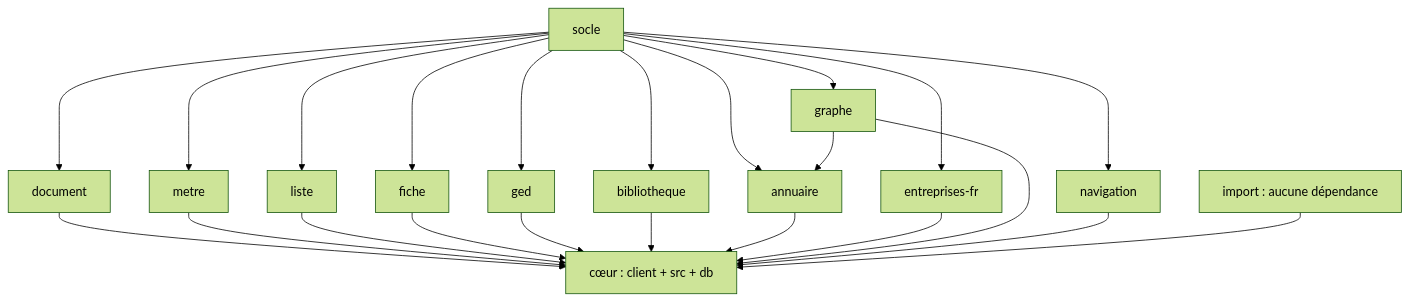
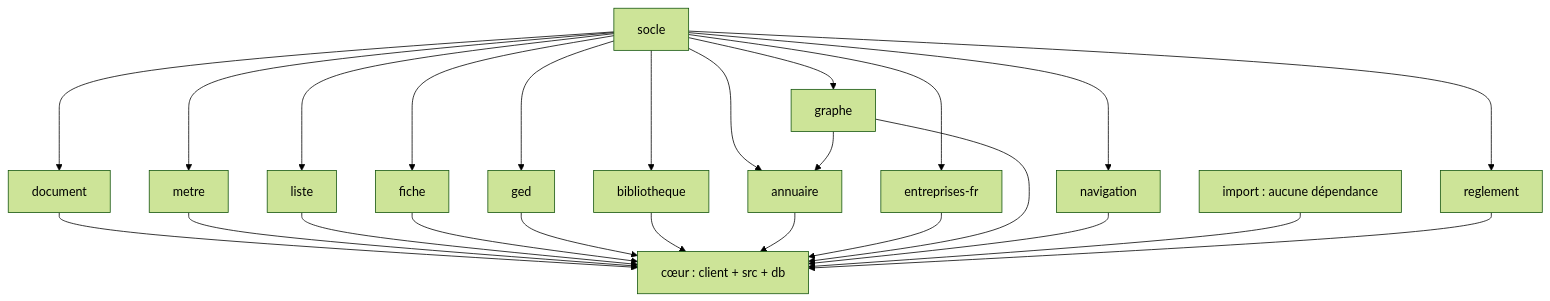
One commit to nerenos/LogiBTP changed the diagram in MODULES.md. Above: the diagram before and after it, drawn with Mermaid (forest theme). The commit also changed other lines of this file and 38 other files, not shown here.

````diff
--- a/MODULES.md
+++ b/MODULES.md
@@ -17,7 +17,7 @@
 ```mermaid
 graph TD
-  socle[socle] --> document & metre & liste & fiche & ged & bibliotheque & annuaire & entreprises[entreprises-fr] & graphe & navigation
+  socle[socle] --> document & metre & liste & fiche & ged & bibliotheque & annuaire & entreprises[entreprises-fr] & graphe & navigation & reglement
   graphe --> annuaire
   import[import : aucune dépendance]
-  document & metre & liste & fiche & ged & bibliotheque & annuaire & entreprises & graphe & navigation & import --> coeur[cœur : client + src + db]
+  document & metre & liste & fiche & ged & bibliotheque & annuaire & entreprises & graphe & navigation & import & reglement --> coeur[cœur : client + src + db]
 ```
````
